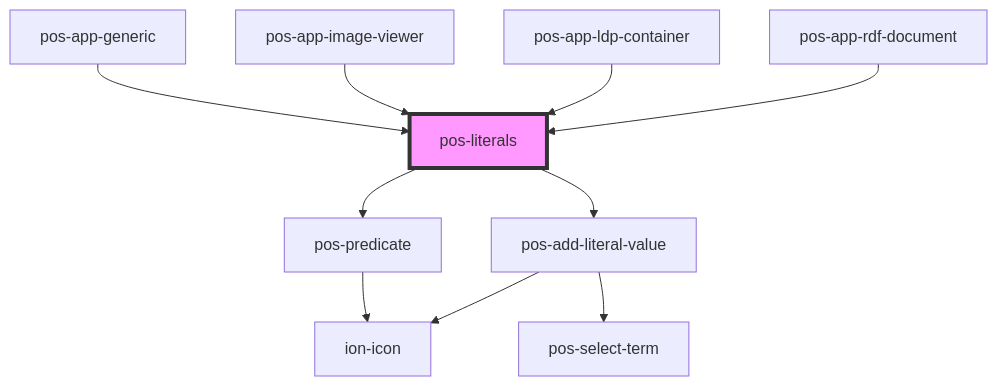
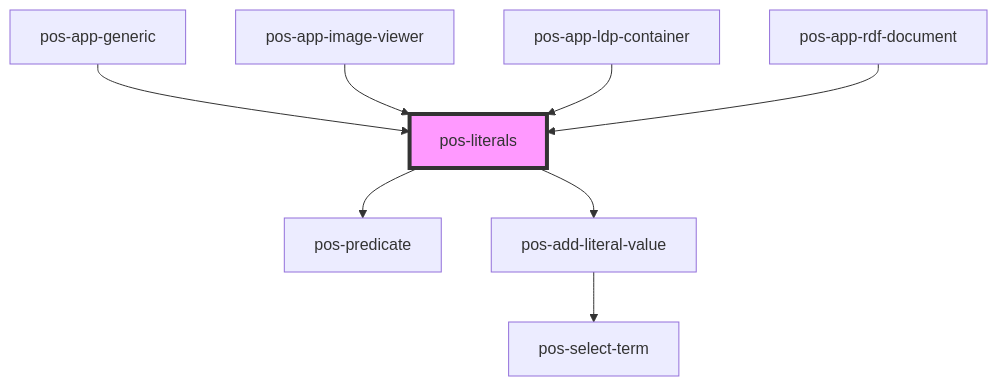
The diagram in docs/elements/components/pos-literals/readme.md (pod-os/PodOS), drawn with Mermaid before and after one commit. The commit also changed 31 other files, not shown here.

````diff
--- a/docs/elements/components/pos-literals/readme.md
+++ b/docs/elements/components/pos-literals/readme.md
@@ -30,13 +30,11 @@
 ```mermaid
 graph TD;
   pos-literals --> pos-predicate
   pos-literals --> pos-add-literal-value
-  pos-predicate --> ion-icon
-  pos-add-literal-value --> ion-icon
   pos-add-literal-value --> pos-select-term
   pos-app-generic --> pos-literals
   pos-app-image-viewer --> pos-literals
   pos-app-ldp-container --> pos-literals
   pos-app-rdf-document --> pos-literals
   style pos-literals fill:#f9f,stroke:#333,stroke-width:4px
 ```
````
